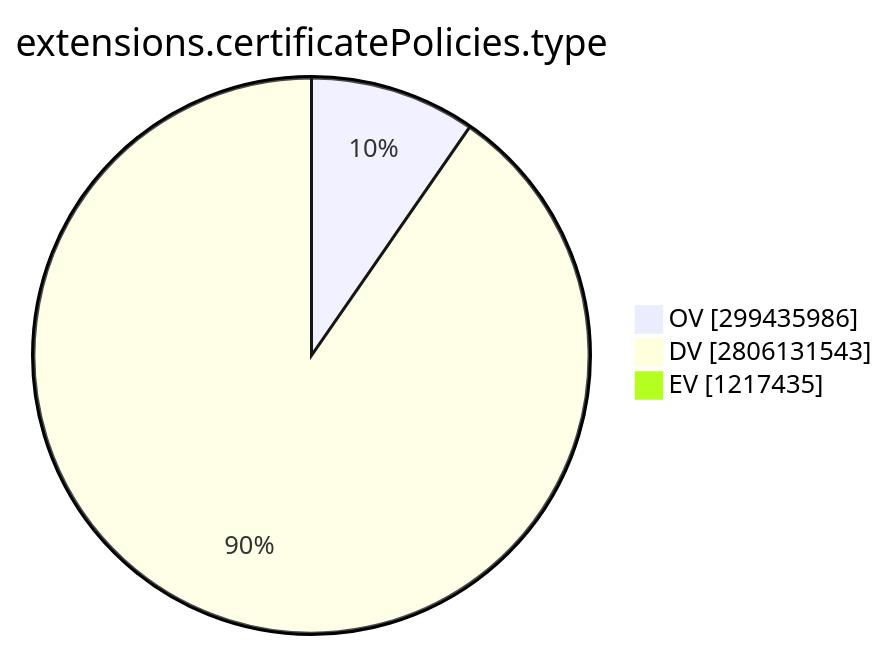
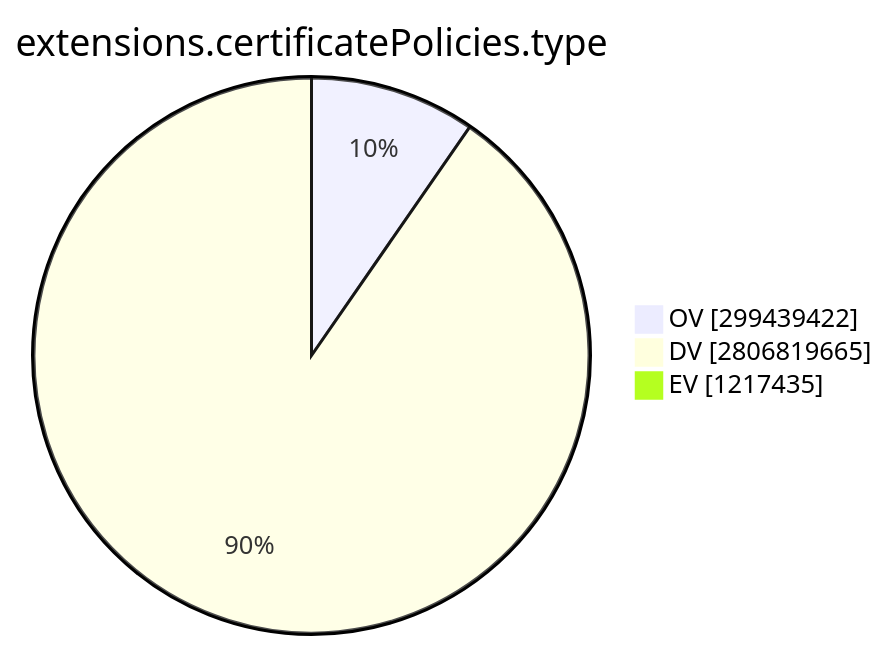
The ninth of 15 diagrams in TOTAL/README.md (christiankrug/ctmonitor_visualization), drawn with Mermaid before and after one commit. The commit also changed other lines of this file, not shown here.

````diff
--- a/TOTAL/README.md
+++ b/TOTAL/README.md
@@ -3101,7 +3101,7 @@
 ```mermaid
 pie showData
 title extensions.certificatePolicies.type
-"OV" :299435986
-"DV" :2806131543
+"OV" :299439422
+"DV" :2806819665
 "EV" :1217435
 ```
````
